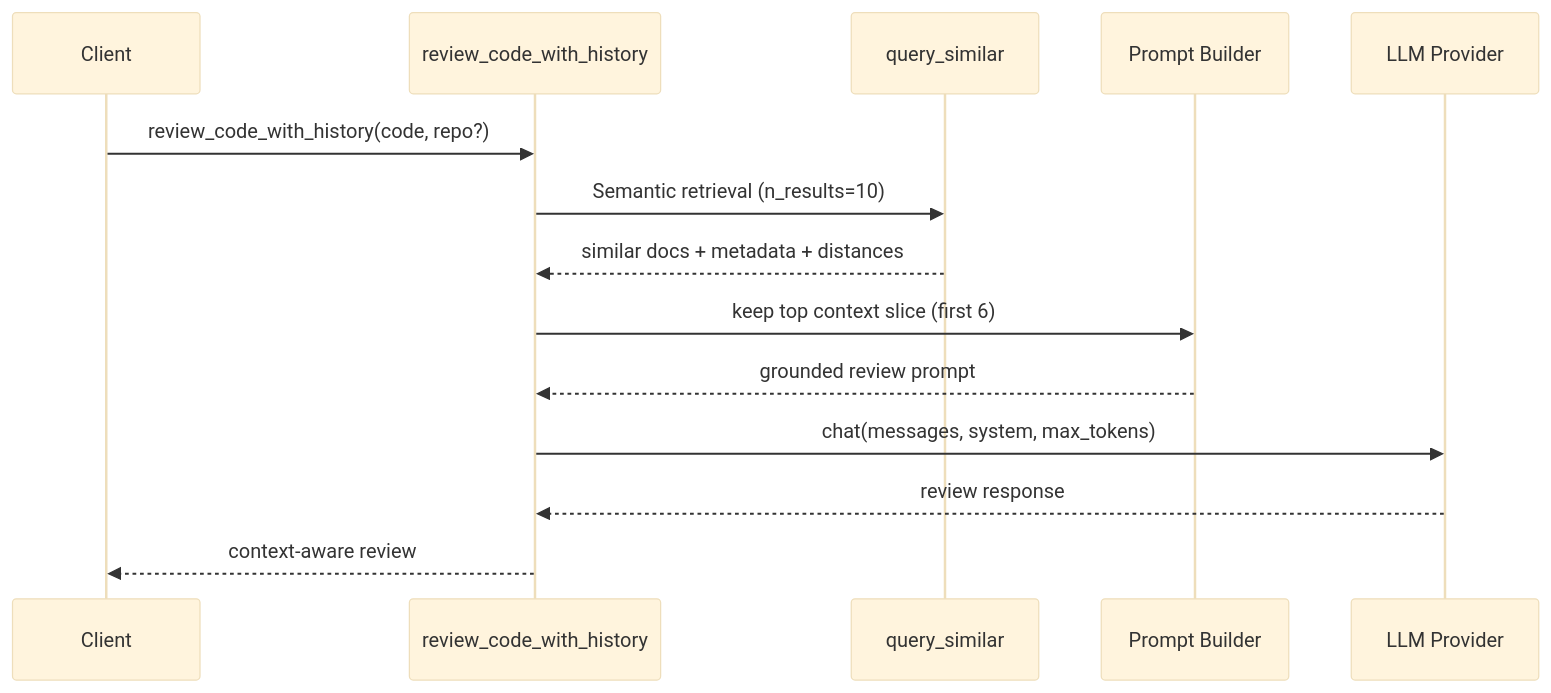
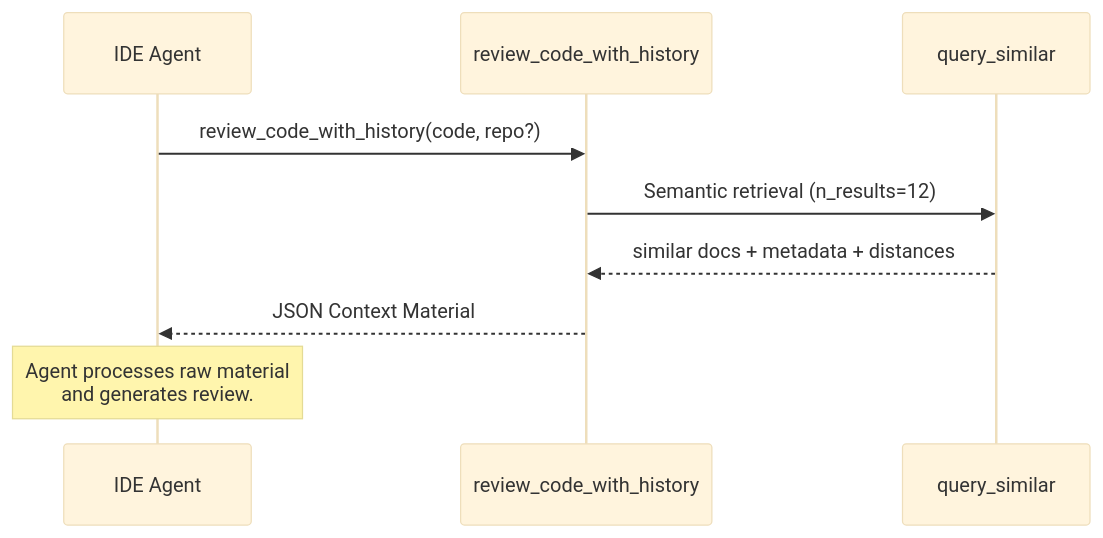
The third of 3 diagrams in docs/architecture.md (paarths-collab/github-pr-context-mcp), drawn with Mermaid (base theme) before and after one commit. The commit also changed other lines of this file and 25 other files, not shown here.

````diff
--- a/docs/architecture.md
+++ b/docs/architecture.md
@@ -143,17 +129,12 @@
 ```mermaid
 sequenceDiagram
-    participant C as Client
+    participant C as IDE Agent
     participant S as review_code_with_history
     participant V as query_similar
-    participant P as Prompt Builder
-    participant L as LLM Provider
 
     C->>S: review_code_with_history(code, repo?)
-    S->>V: Semantic retrieval (n_results=10)
+    S->>V: Semantic retrieval (n_results=12)
     V-->>S: similar docs + metadata + distances
-    S->>P: keep top context slice (first 6)
-    P-->>S: grounded review prompt
-    S->>L: chat(messages, system, max_tokens)
-    L-->>S: review response
-    S-->>C: context-aware review
+    S-->>C: JSON Context Material
+    Note over C: Agent processes raw material <br/> and generates review.
 ```
````
